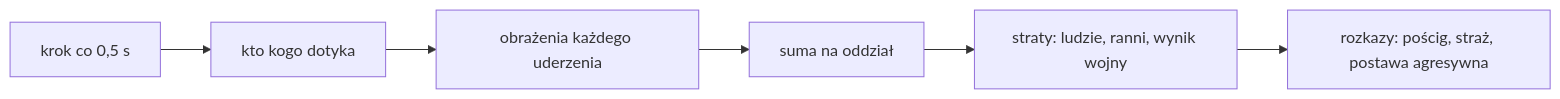
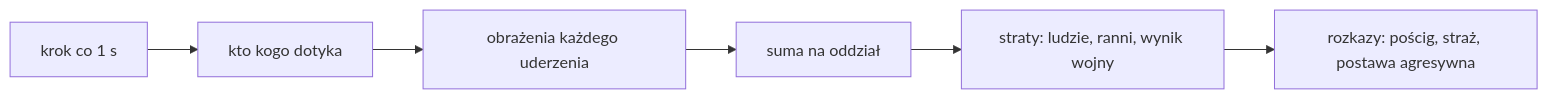
The diagram in docs/sim/walka.md (CoStellar/CivSim2), drawn with Mermaid before and after one commit. The commit also changed other lines of this file and 4 other files, not shown here.

````diff
--- a/docs/sim/walka.md
+++ b/docs/sim/walka.md
@@ -19,8 +19,8 @@
 ```mermaid
 flowchart LR
-  A[krok co 0,5 s] --> B[kto kogo dotyka]
+  A[krok co 1 s] --> B[kto kogo dotyka]
   B --> C[obrażenia każdego uderzenia]
   C --> D[suma na oddział]
   D --> E[straty: ludzie, ranni, wynik wojny]
   E --> F[rozkazy: pościg, straż, postawa agresywna]
 ```
````
